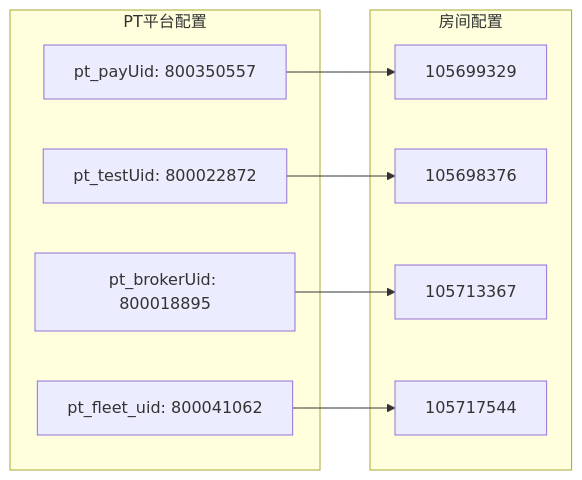
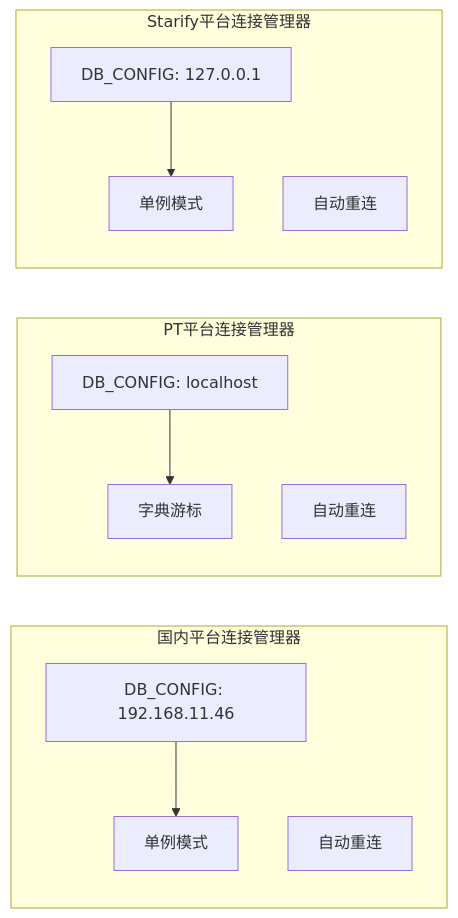
The seventh of 16 diagrams in .qoder/repowiki/zh/content/数据库管理/MySQL连接管理.md (liximing1-ola/qa-payTest), drawn with Mermaid before and after one commit. The commit also changed other lines of this file and 6 other files, not shown here.

````diff
--- a/.qoder/repowiki/zh/content/数据库管理/MySQL连接管理.md
+++ b/.qoder/repowiki/zh/content/数据库管理/MySQL连接管理.md
@@ -296,19 +294,21 @@
 ```mermaid
 graph LR
-subgraph "PT平台配置"
-UID[pt_payUid: 800350557]
-TEST_UID[pt_testUid: 800022872]
-BROKER_UID[pt_brokerUid: 800018895]
-FLEET_UID[pt_fleet_uid: 800041062]
+subgraph "国内平台连接管理器"
+DOM_CONFIG[DB_CONFIG: 192.168.11.46]
+DOM_SINGLE[单例模式]
+DOM_RECONNECT[自动重连]
 end
-subgraph "房间配置"
-BUSINESS_RID[105699329]
-VIP_RID[105698376]
-UNION_AR[105713367]
-EN_FLEET[105717544]
+subgraph "PT平台连接管理器"
+PT_CONFIG[DB_CONFIG: localhost]
+PT_DICT_CURSOR[字典游标]
+PT_RECONNECT[自动重连]
 end
-UID --> BUSINESS_RID
-TEST_UID --> VIP_RID
-BROKER_UID --> UNION_AR
-FLEET_UID --> EN_FLEET
+subgraph "Starify平台连接管理器"
+STAR_CONFIG[DB_CONFIG: 127.0.0.1]
+STAR_SINGLE[单例模式]
+STAR_RECONNECT[自动重连]
+end
+DOM_CONFIG --> DOM_SINGLE
+PT_CONFIG --> PT_DICT_CURSOR
+STAR_CONFIG --> STAR_SINGLE
 ```
````
